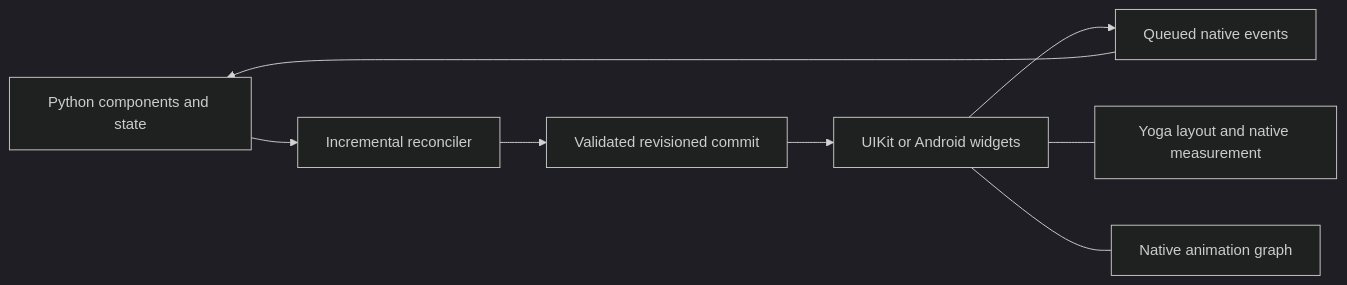
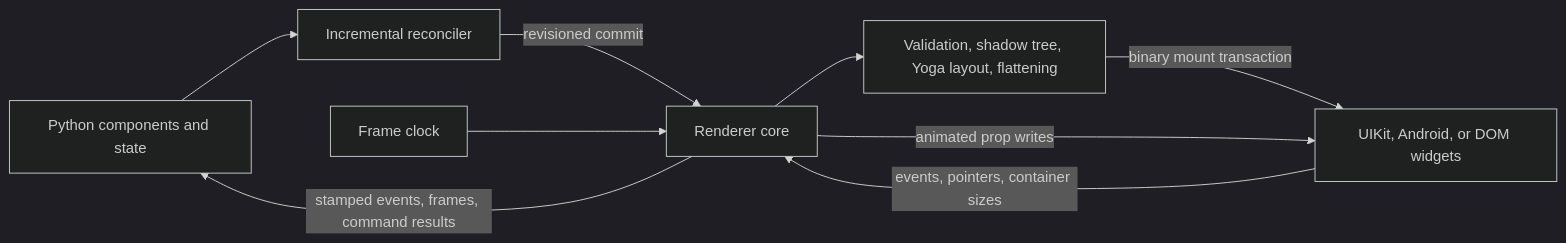
One commit to Adebowale-Morakinyo/pythonnative changed the diagram in docs/concepts/architecture.md. Above: the diagram before and after it, drawn with Mermaid (dark theme). The commit also changed other lines of this file and 383 other files, not shown here.

Commit message:
feat!: render through one shared C++ renderer core (#115)

````diff
--- a/docs/concepts/architecture.md
+++ b/docs/concepts/architecture.md
@@ -7,10 +7,11 @@
 ```mermaid
 flowchart LR
     A[Python components and state] --> B[Incremental reconciler]
-    B --> C[Validated revisioned commit]
-    C --> D[UIKit or Android widgets]
-    D --> E[Queued native events]
-    E --> A
-    D --- F[Yoga layout and native measurement]
-    D --- G[Native animation graph]
+    B -->|revisioned commit| C[Renderer core]
+    C --> D[Validation, shadow tree, Yoga layout, flattening]
+    D -->|binary mount transaction| E[UIKit, Android, or DOM widgets]
+    E -->|events, pointers, container sizes| C
+    C -->|stamped events, frames, command results| A
+    F[Frame clock] --> C
+    C -->|animated prop writes| E
 ```
````
